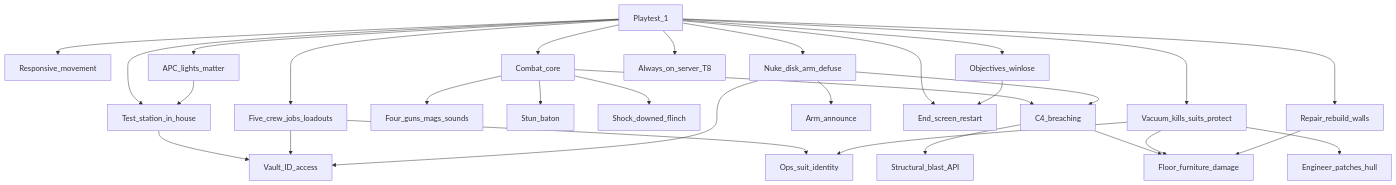
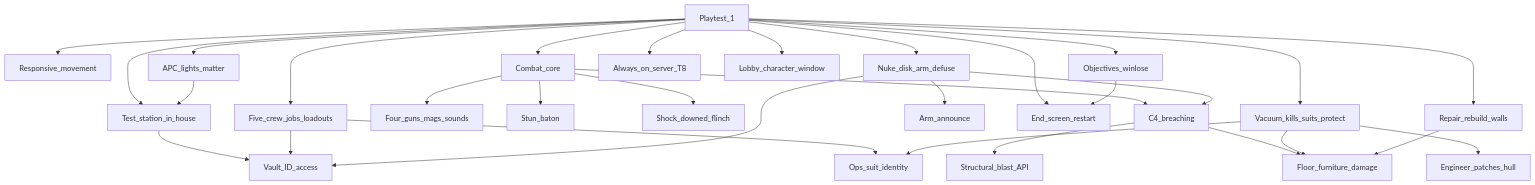
Before and after one commit to RE-SS3D/SS3D: the diagram in Documents/milestones/mvp1-nuke-ops.md, drawn with Mermaid. The commit also changed other lines of this file and 4 other files, not shown here.

First line of the commit message:
Plan the lobby and character window rebuild for Playtest 1

````diff
--- a/Documents/milestones/mvp1-nuke-ops.md
+++ b/Documents/milestones/mvp1-nuke-ops.md
@@ -39,55 +39,57 @@
 ```mermaid
 flowchart TB
   mvp1[Playtest_1]
   map[Test_station_in_house]
   roles[Five_crew_jobs_loadouts]
   access[Vault_ID_access]
   identity[Ops_suit_identity]
   move[Responsive_movement]
   combatcore[Combat_core]
   arsenal[Four_guns_mags_sounds]
   baton[Stun_baton]
   shock[Shock_downed_flinch]
   c4[C4_breaching]
   struct[Structural_blast_API]
   floors[Floor_furniture_damage]
   nuke[Nuke_disk_arm_defuse]
   announce[Arm_announce]
   mode[Objectives_winlose]
   roundend[End_screen_restart]
   vacuum[Vacuum_kills_suits_protect]
   patch[Engineer_patches_hull]
   build[Repair_rebuild_walls]
   power[APC_lights_matter]
   server[Always_on_server_T8]
+  lobby[Lobby_character_window]
 
   mvp1 --> map
   mvp1 --> roles
   mvp1 --> move
   mvp1 --> combatcore
   mvp1 --> nuke
   mvp1 --> mode
   mvp1 --> roundend
+  mvp1 --> lobby
   mvp1 --> vacuum
   mvp1 --> power
   mvp1 --> server
   map --> access
   roles --> access
   roles --> identity
   combatcore --> arsenal
   combatcore --> baton
   combatcore --> c4
   combatcore --> shock
   c4 --> struct
   c4 --> floors
   nuke --> access
   nuke --> announce
   nuke --> c4
   mode --> roundend
   vacuum --> floors
   vacuum --> patch
   mvp1 --> build
   build --> floors
   vacuum --> identity
   power --> map
 ```
````
